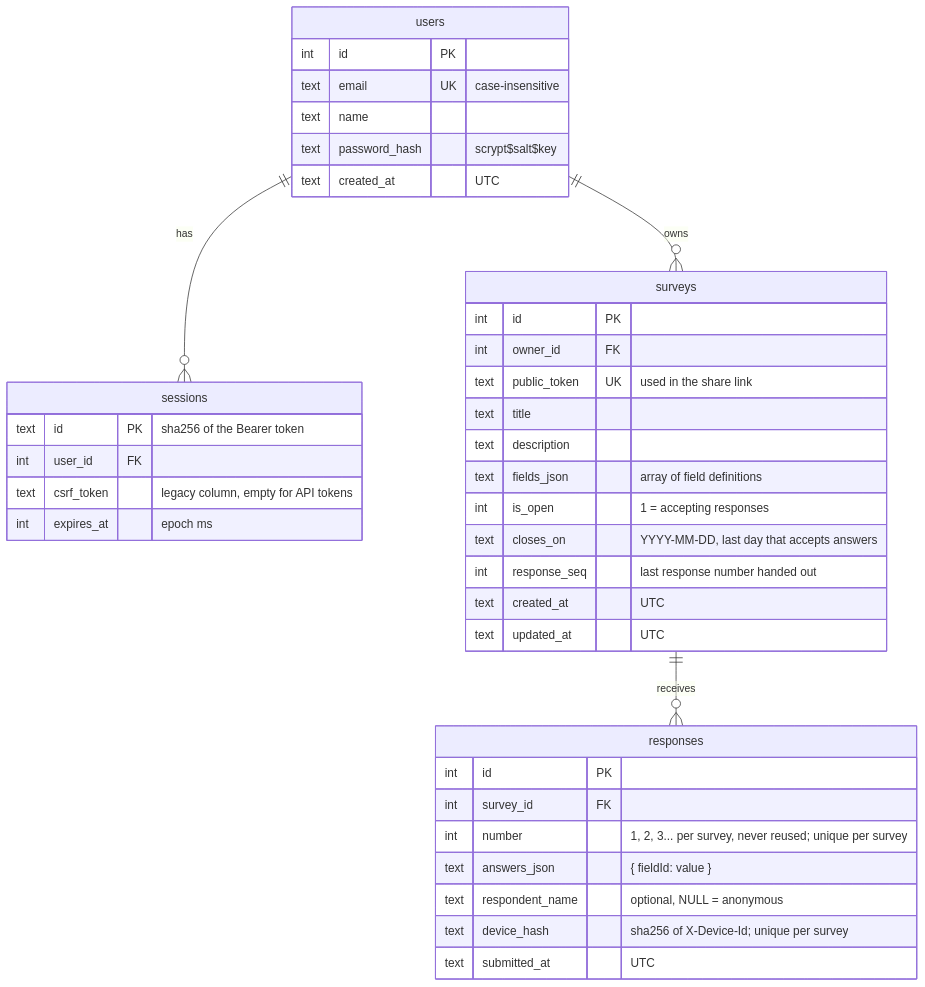
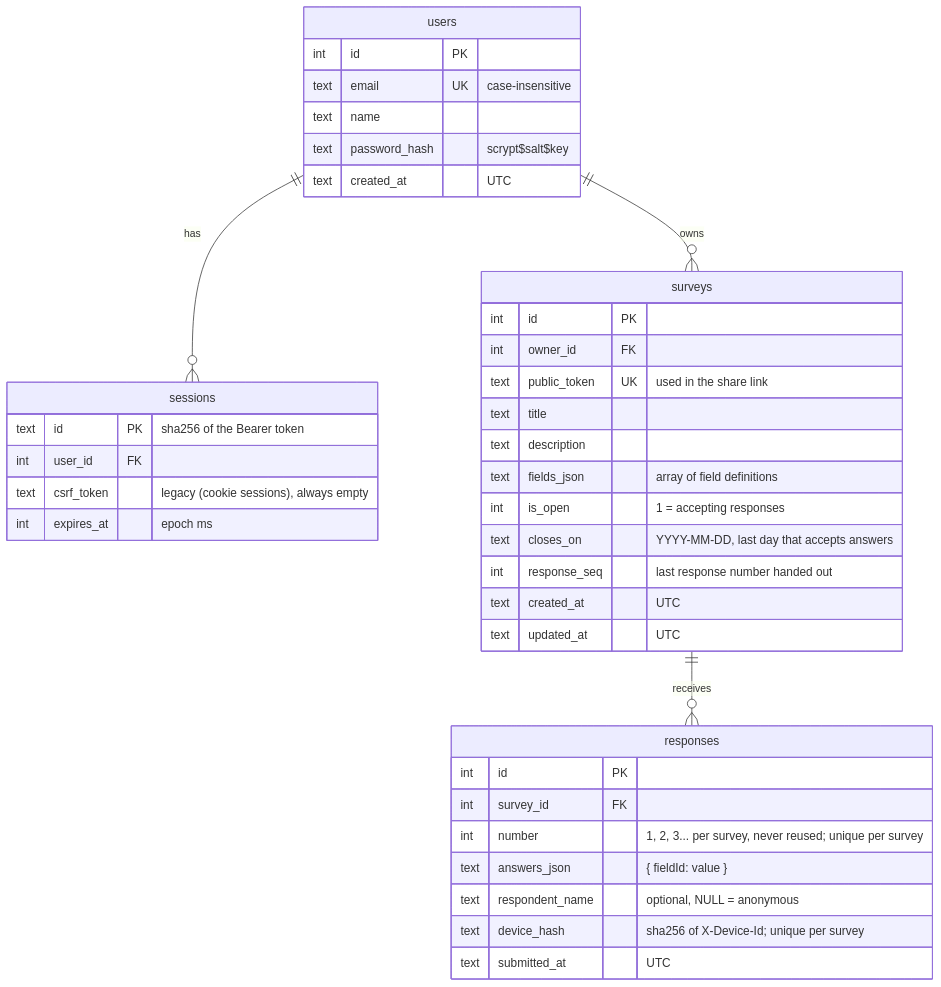
The third of 3 diagrams in CODE_GUIDE.md (yendri404/survery), drawn with Mermaid before and after one commit. The commit also changed other lines of this file and 5 other files, not shown here.

Commit message:
refactor(api): remove cookie-era helpers and unused exports

````diff
--- a/CODE_GUIDE.md
+++ b/CODE_GUIDE.md
@@ -233,42 +233,42 @@
 ```mermaid
 erDiagram
     users ||--o{ sessions : has
     users ||--o{ surveys : owns
     surveys ||--o{ responses : receives
 
     users {
         int id PK
         text email UK "case-insensitive"
         text name
         text password_hash "scrypt$salt$key"
         text created_at "UTC"
     }
     sessions {
         text id PK "sha256 of the Bearer token"
         int user_id FK
-        text csrf_token "legacy column, empty for API tokens"
+        text csrf_token "legacy (cookie sessions), always empty"
         int expires_at "epoch ms"
     }
     surveys {
         int id PK
         int owner_id FK
         text public_token UK "used in the share link"
         text title
         text description
         text fields_json "array of field definitions"
         int is_open "1 = accepting responses"
         text closes_on "YYYY-MM-DD, last day that accepts answers"
         int response_seq "last response number handed out"
         text created_at "UTC"
         text updated_at "UTC"
     }
     responses {
         int id PK
         int survey_id FK
         int number "1, 2, 3... per survey, never reused; unique per survey"
         text answers_json "{ fieldId: value }"
         text respondent_name "optional, NULL = anonymous"
         text device_hash "sha256 of X-Device-Id; unique per survey"
         text submitted_at "UTC"
     }
 ```
````
